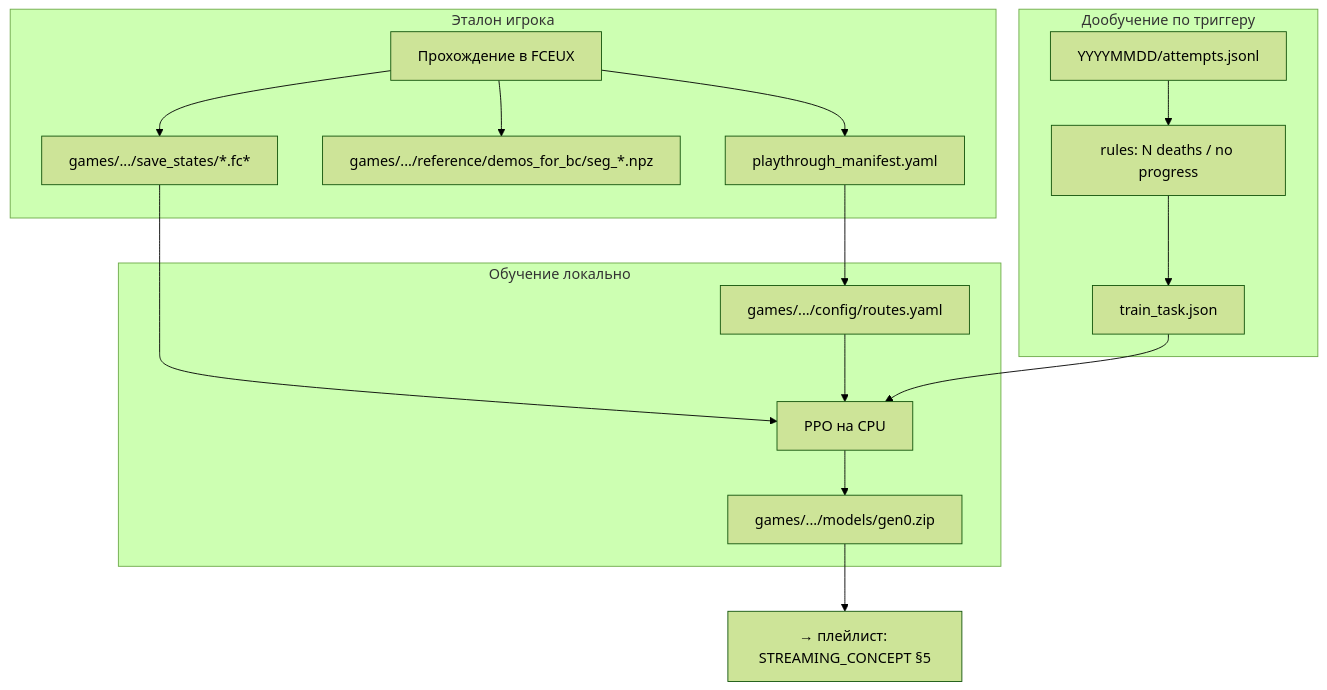
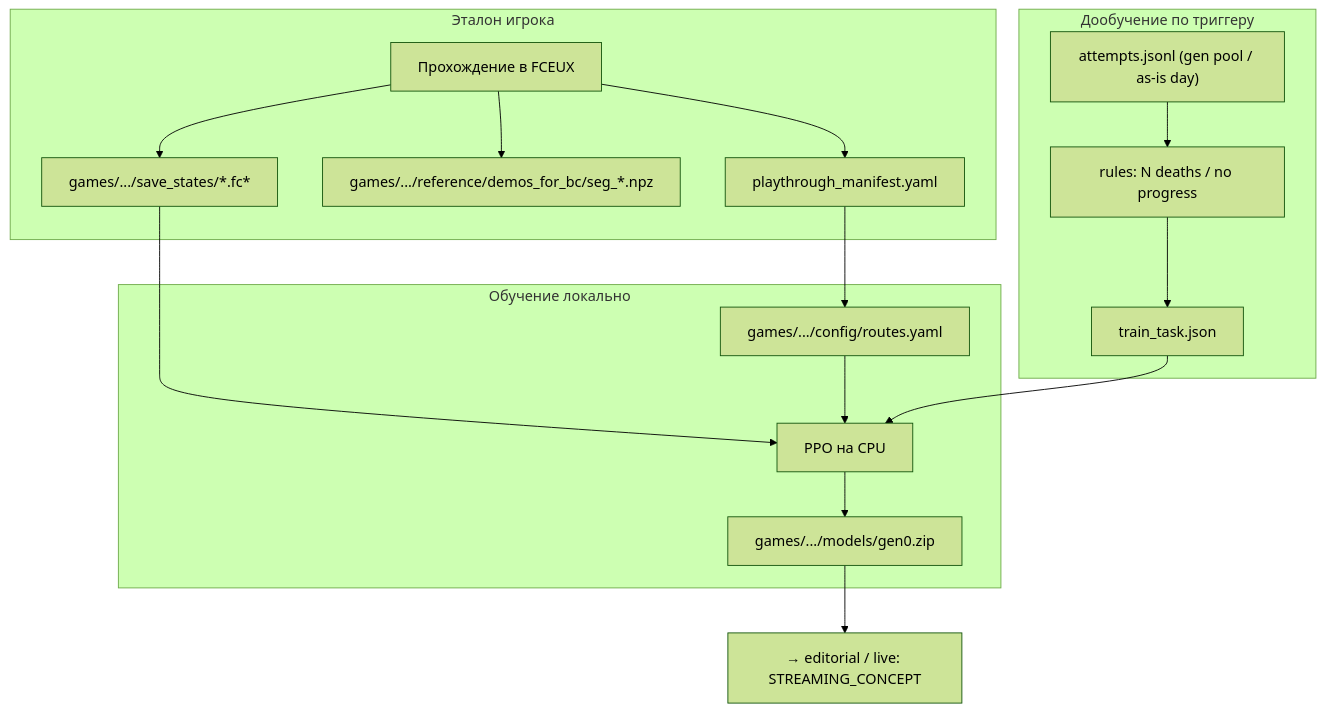
The diagram in docs/ML_CONCEPT.md (dimadroog/wait), drawn with Mermaid (forest theme) before and after one commit. The commit also changed other lines of this file and 7 other files, not shown here.

First line of the commit message:
docs: hybrid streaming concept around model generations

````diff
--- a/docs/ML_CONCEPT.md
+++ b/docs/ML_CONCEPT.md
@@ -85,33 +85,33 @@
 ```mermaid
 flowchart TB
     subgraph record [Эталон игрока]
         HumanPlay[Прохождение в FCEUX]
         Manifest[playthrough_manifest.yaml]
         Demos[games/.../reference/demos_for_bc/seg_*.npz]
         States[games/.../save_states/*.fc*]
         HumanPlay --> Manifest
         HumanPlay --> Demos
         HumanPlay --> States
     end
 
     subgraph train [Обучение локально]
         Routes[games/.../config/routes.yaml]
         LocalPPO[PPO на CPU]
         ModelZip[games/.../models/gen0.zip]
         Manifest --> Routes
         States --> LocalPPO
         Routes --> LocalPPO
         LocalPPO --> ModelZip
     end
 
     subgraph finetune [Дообучение по триггеру]
         Trigger["rules: N deaths / no progress"]
         Task[train_task.json]
-        Attempts[YYYYMMDD/attempts.jsonl]
+        Attempts["attempts.jsonl (gen pool / as-is day)"]
         Trigger --> Task
         Task --> LocalPPO
         Attempts --> Trigger
     end
 
-    ModelZip --> Infer[→ плейлист: STREAMING_CONCEPT §5]
+        ModelZip --> Infer[→ editorial / live: STREAMING_CONCEPT]
 ```
````
